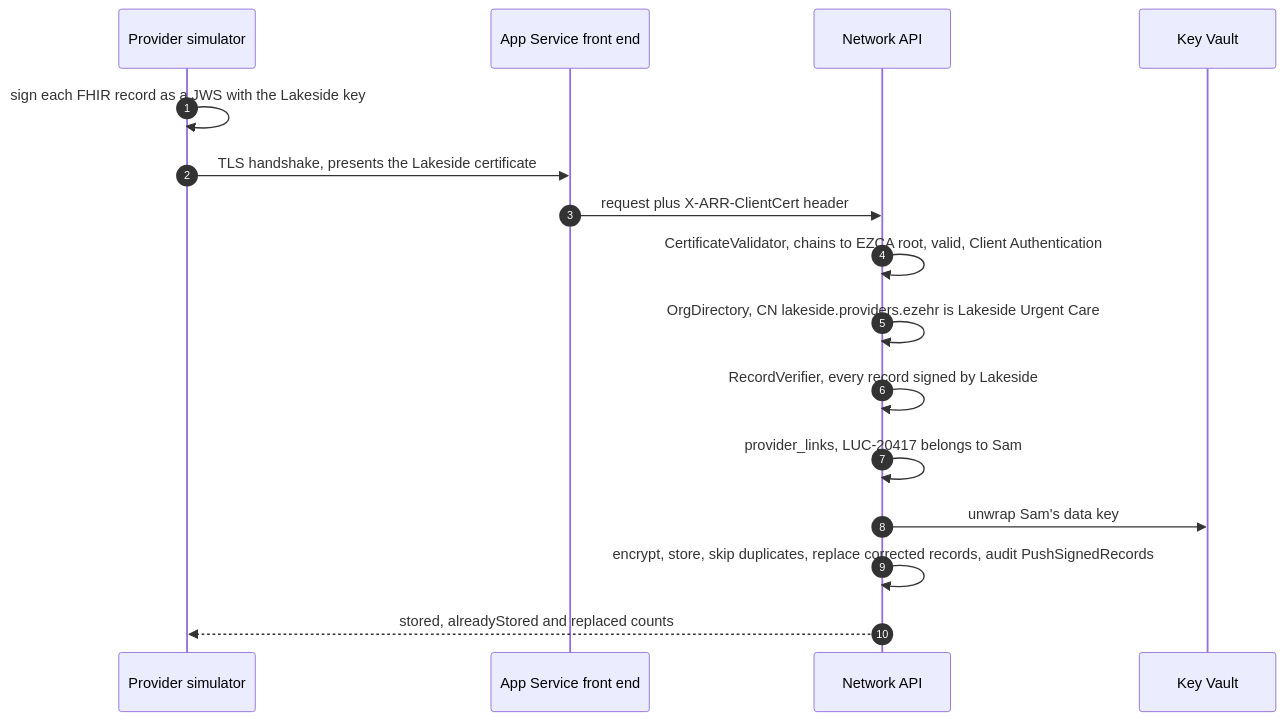
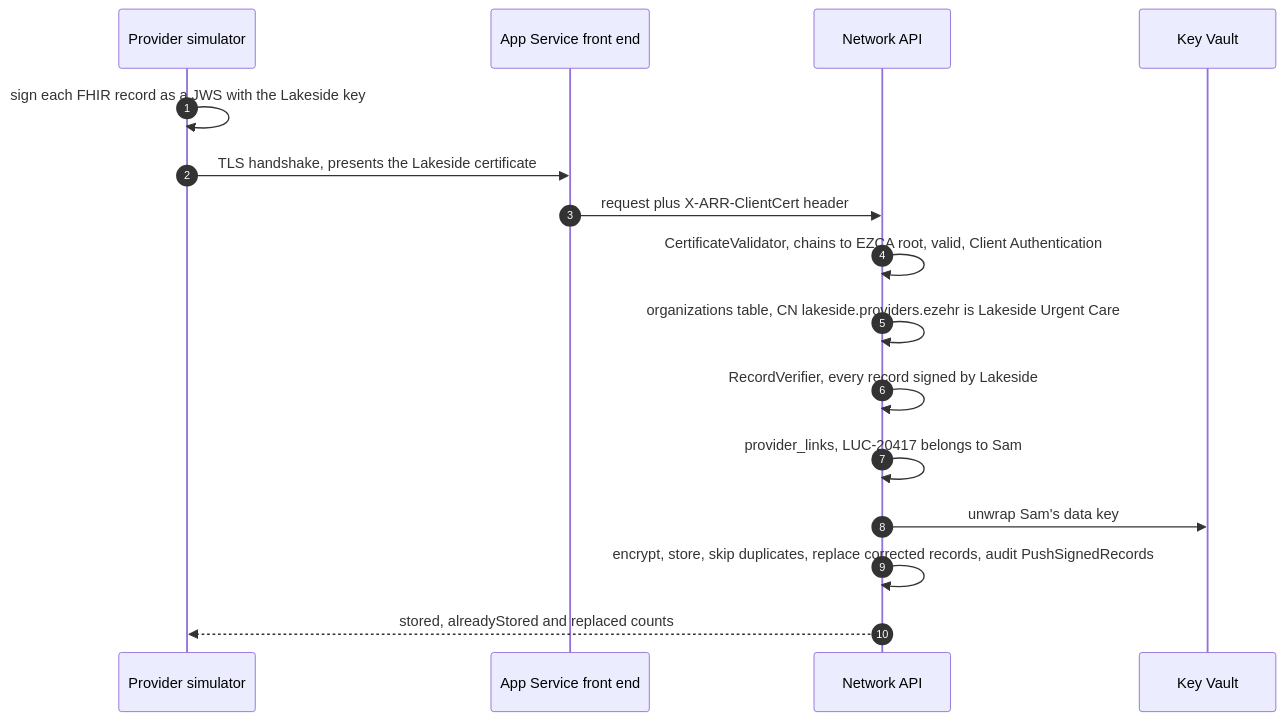
One commit to ParkerHitch/EZEHR changed the sixth of 11 diagrams in docs/auth-flows.md. Above: the diagram before and after it, drawn with Mermaid. The commit also changed other lines of this file and 36 other files, not shown here.

Commit message:
feat: organizations table replaces the hard-coded directory and TrustedTenants

````diff
--- a/docs/auth-flows.md
+++ b/docs/auth-flows.md
@@ -227,18 +246,18 @@
 ```mermaid
 sequenceDiagram
   autonumber
   participant Tool as Provider simulator
   participant FE as App Service front end
   participant App as Network API
   participant KV as Key Vault
   Tool->>Tool: sign each FHIR record as a JWS with the Lakeside key
   Tool->>FE: TLS handshake, presents the Lakeside certificate
   FE->>App: request plus X-ARR-ClientCert header
   App->>App: CertificateValidator, chains to EZCA root, valid, Client Authentication
-  App->>App: OrgDirectory, CN lakeside.providers.ezehr is Lakeside Urgent Care
+  App->>App: organizations table, CN lakeside.providers.ezehr is Lakeside Urgent Care
   App->>App: RecordVerifier, every record signed by Lakeside
   App->>App: provider_links, LUC-20417 belongs to Sam
   App->>KV: unwrap Sam's data key
   App->>App: encrypt, store, skip duplicates, replace corrected records, audit PushSignedRecords
   App-->>Tool: stored, alreadyStored and replaced counts
 ```
````
